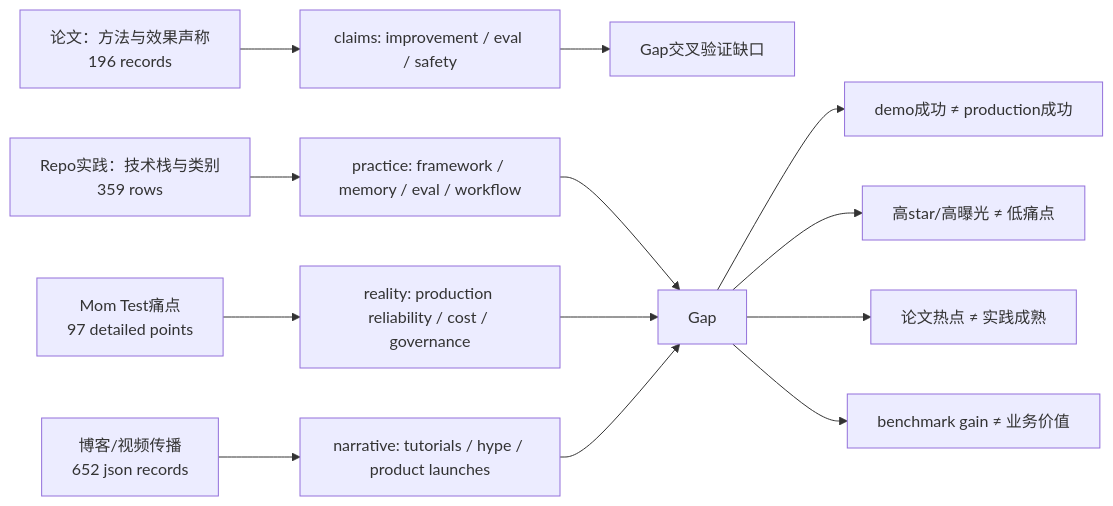
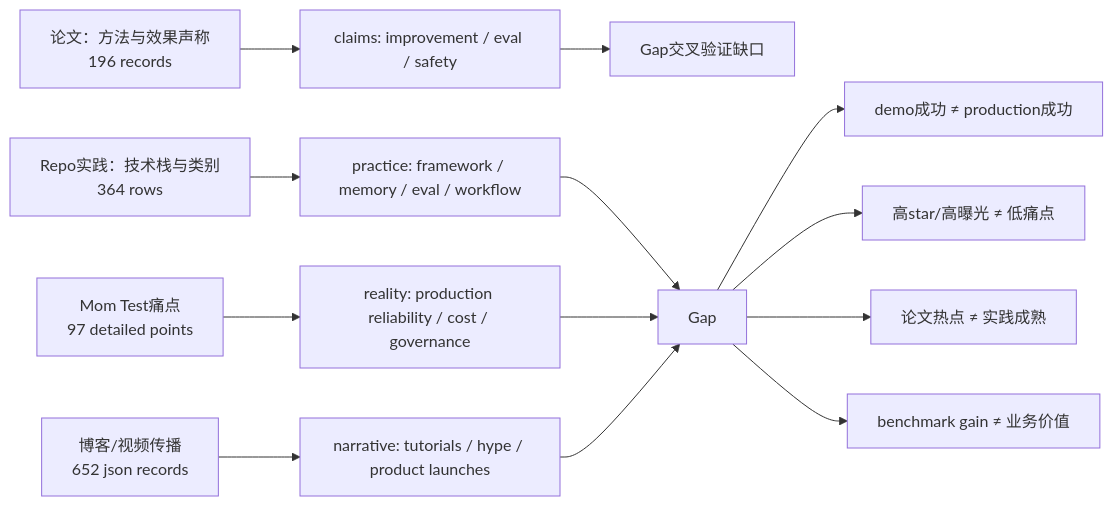
Before and after one commit to Shiyao-Huang/awesome-agent-evolution: the diagram in survey/figures/cross-source-validation-map.md, drawn with Mermaid. The commit also changed other lines of this file and 102 other files, not shown here.

````diff
--- a/survey/figures/cross-source-validation-map.md
+++ b/survey/figures/cross-source-validation-map.md
@@ -6,15 +6,15 @@
 ```mermaid
 flowchart LR
     Papers["论文：方法与效果声称<br/>196 records"] --> Claims["claims: improvement / eval / safety"]
-    Repos["Repo实践：技术栈与类别<br/>359 rows"] --> Practice["practice: framework / memory / eval / workflow"]
+    Repos["Repo实践：技术栈与类别<br/>364 rows"] --> Practice["practice: framework / memory / eval / workflow"]
     Pain["Mom Test痛点<br/>97 detailed points"] --> Reality["reality: production reliability / cost / governance"]
     Blogs["博客/视频传播<br/>652 json records"] --> Narrative["narrative: tutorials / hype / product launches"]
     Claims --> Gap交叉验证缺口
     Practice --> Gap
     Reality --> Gap
     Narrative --> Gap
     Gap --> G1["demo成功 ≠ production成功"]
     Gap --> G2["高star/高曝光 ≠ 低痛点"]
     Gap --> G3["论文热点 ≠ 实践成熟"]
     Gap --> G4["benchmark gain ≠ 业务价值"]
 ```
````
